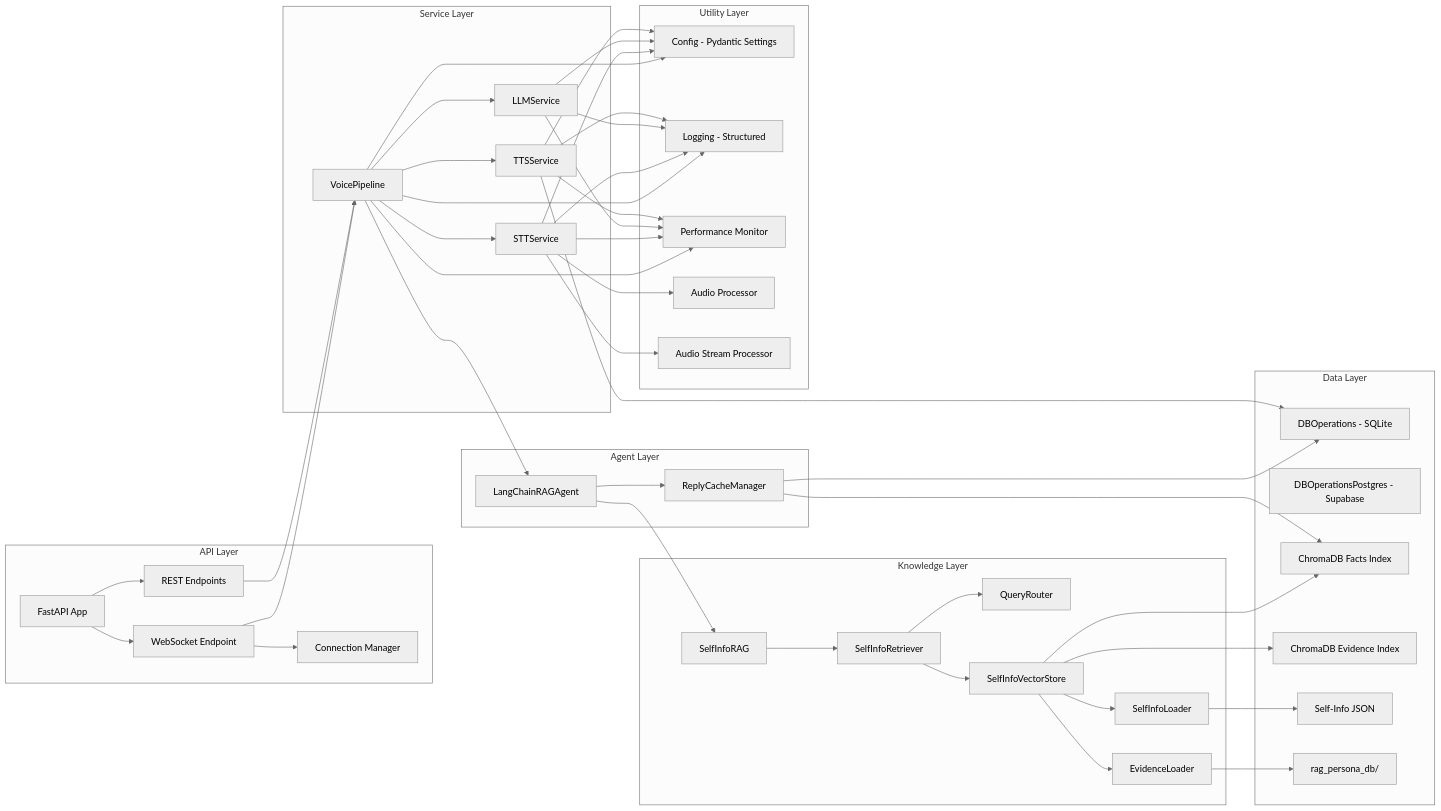
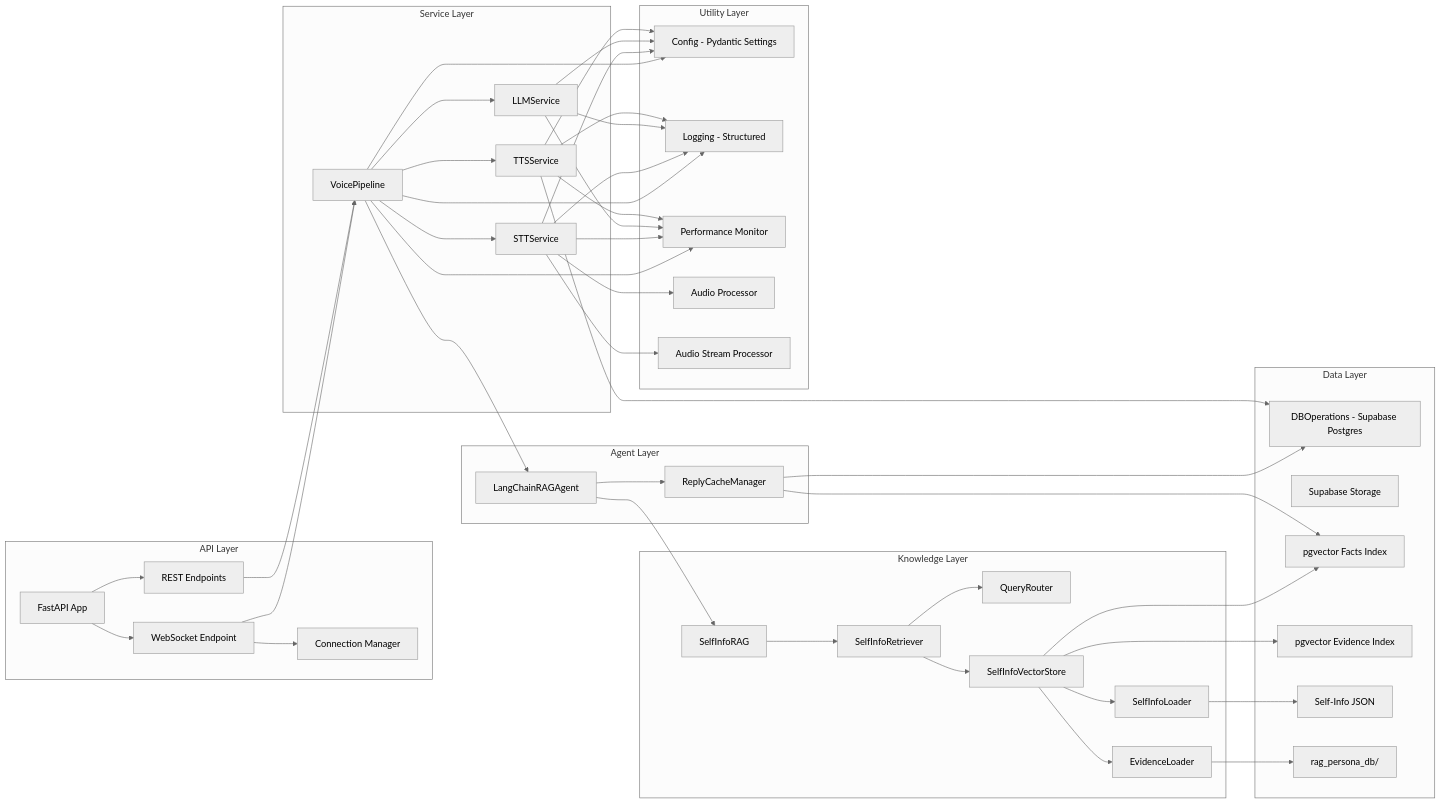
One commit to AteetVatan/echo-ai changed the second of 11 diagrams in readme.md. Above: the diagram before and after it, drawn with Mermaid (neutral theme). The commit also changed other lines of this file and 553 other files, not shown here.

````diff
--- a/readme.md
+++ b/readme.md
@@ -174,66 +174,66 @@
 ```mermaid
 flowchart LR
     subgraph "API Layer"
         A1[FastAPI App]
         A2[WebSocket Endpoint]
         A3[REST Endpoints]
         A4[Connection Manager]
     end
 
     subgraph "Service Layer"
         S1[VoicePipeline]
         S2[STTService]
         S3[LLMService]
         S4[TTSService]
     end
 
     subgraph "Agent Layer"
         AG1[LangChainRAGAgent]
         AG2[ReplyCacheManager]
     end
 
     subgraph "Knowledge Layer"
         KL1[QueryRouter]
         KL2[SelfInfoRetriever]
         KL3[SelfInfoRAG]
         KL4[SelfInfoVectorStore]
         KL5[SelfInfoLoader]
         KL6[EvidenceLoader]
     end
 
     subgraph "Data Layer"
-        D1[DBOperations - SQLite]
-        D2[DBOperationsPostgres - Supabase]
-        D3[ChromaDB Facts Index]
-        D4[ChromaDB Evidence Index]
+        D1[DBOperations - Supabase Postgres]
+        D2[Supabase Storage]
+        D3[pgvector Facts Index]
+        D4[pgvector Evidence Index]
         D5[Self-Info JSON]
         D6[rag_persona_db/]
     end
 
     subgraph "Utility Layer"
         U1[Config - Pydantic Settings]
         U2[Logging - Structured]
         U3[Performance Monitor]
         U4[Audio Processor]
         U5[Audio Stream Processor]
     end
 
     A1 --> A2 & A3
     A2 --> A4
     A2 & A3 --> S1
     S1 --> S2 & S3 & S4
     S1 --> AG1
     AG1 --> AG2
     AG1 --> KL3
     KL3 --> KL2
     KL2 --> KL1
     KL2 --> KL4
     KL4 --> KL5 & KL6
     KL4 --> D3 & D4
     KL5 --> D5
     KL6 --> D6
     AG2 --> D1 & D3
     S4 --> D1
     S2 --> U4 & U5
     S1 & S2 & S3 & S4 --> U1 & U2 & U3
 ```
````
